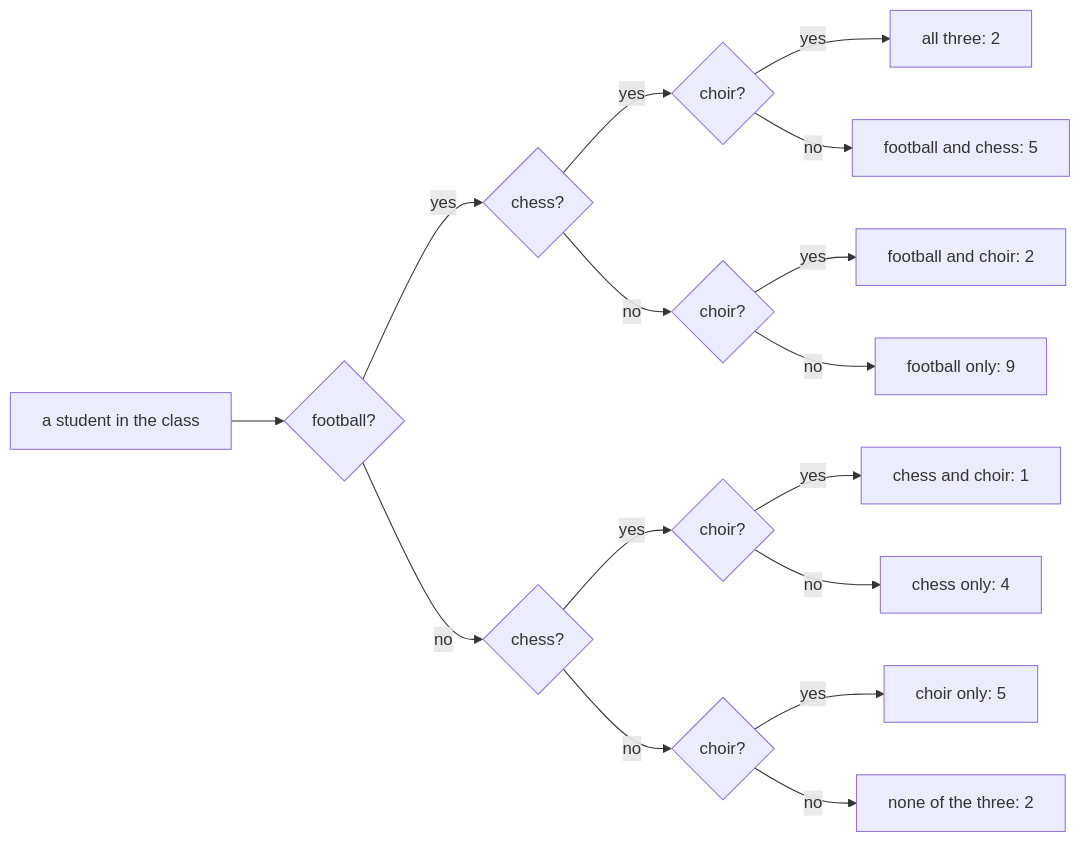
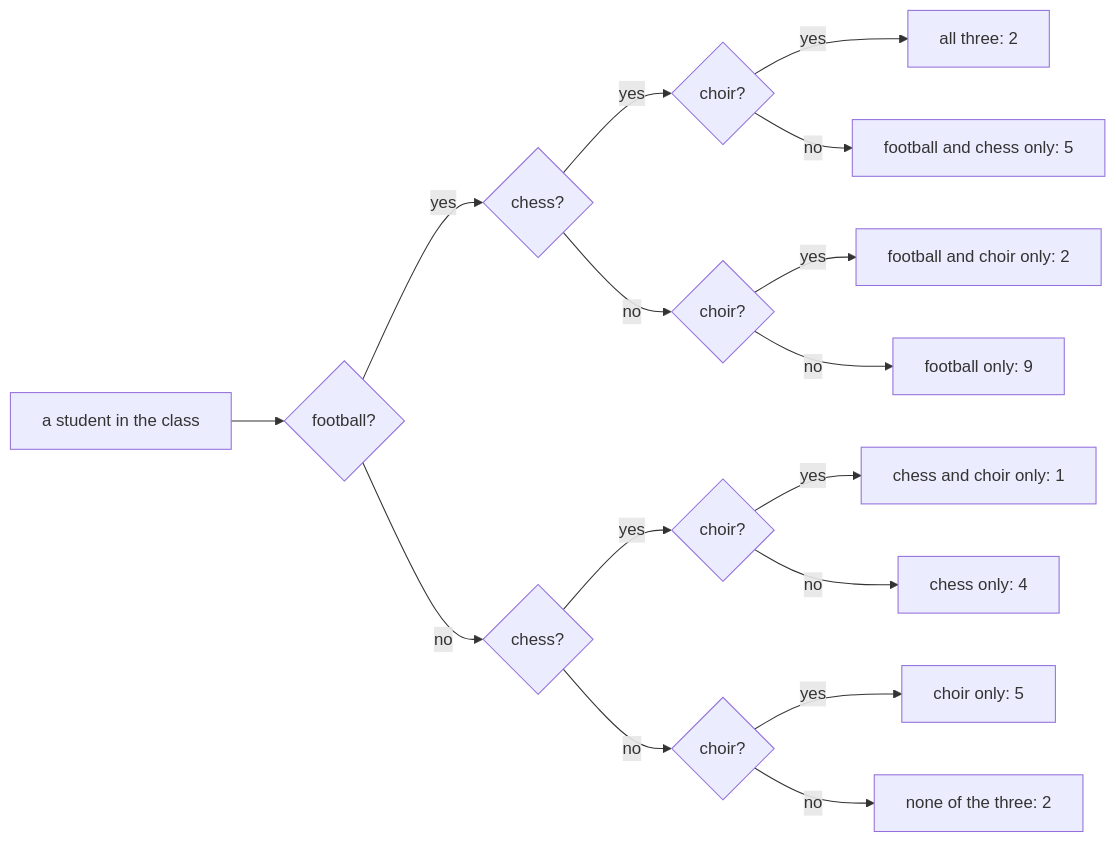
One commit to wappy-x/Mathematics changed the diagram in Cards/01-Foundations/07-Sets/04-inclusion-exclusion.md. Above: the diagram before and after it, drawn with Mermaid. The commit also changed other lines of this file and 16 other files, not shown here.

````diff
--- a/Cards/01-Foundations/07-Sets/04-inclusion-exclusion.md
+++ b/Cards/01-Foundations/07-Sets/04-inclusion-exclusion.md
@@ -25,18 +25,18 @@
 ```mermaid
 flowchart LR
   s["a student in the class"] --> qf{"football?"}
   qf -->|yes| c1{"chess?"}
   qf -->|no| c2{"chess?"}
   c1 -->|yes| h1{"choir?"}
   c1 -->|no| h2{"choir?"}
   c2 -->|yes| h3{"choir?"}
   c2 -->|no| h4{"choir?"}
   h1 -->|yes| p1["all three: 2"]
-  h1 -->|no| p2["football and chess: 5"]
-  h2 -->|yes| p3["football and choir: 2"]
+  h1 -->|no| p2["football and chess only: 5"]
+  h2 -->|yes| p3["football and choir only: 2"]
   h2 -->|no| p4["football only: 9"]
-  h3 -->|yes| p5["chess and choir: 1"]
+  h3 -->|yes| p5["chess and choir only: 1"]
   h3 -->|no| p6["chess only: 4"]
   h4 -->|yes| p7["choir only: 5"]
   h4 -->|no| p8["none of the three: 2"]
 ```
````
